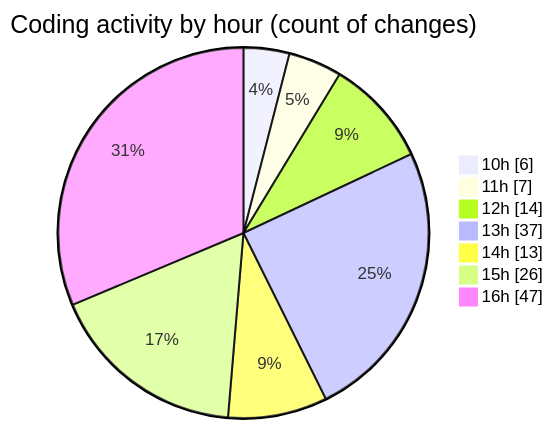
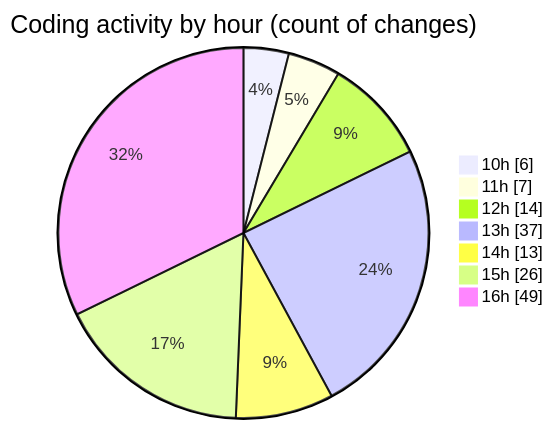
Before and after one commit to momahboobian/code-tracking: the second of 2 diagrams in 2025-06-23/cda/README.md, drawn with Mermaid. The commit also changed other lines of this file and 1 other file, not shown here.

````diff
--- a/2025-06-23/cda/README.md
+++ b/2025-06-23/cda/README.md
@@ -50,11 +50,11 @@
 ```mermaid
 pie showData
 title Coding activity by hour (count of changes)
 "10h" : 6
 "11h" : 7
 "12h" : 14
 "13h" : 37
 "14h" : 13
 "15h" : 26
-"16h" : 47
+"16h" : 49
 ```
````
